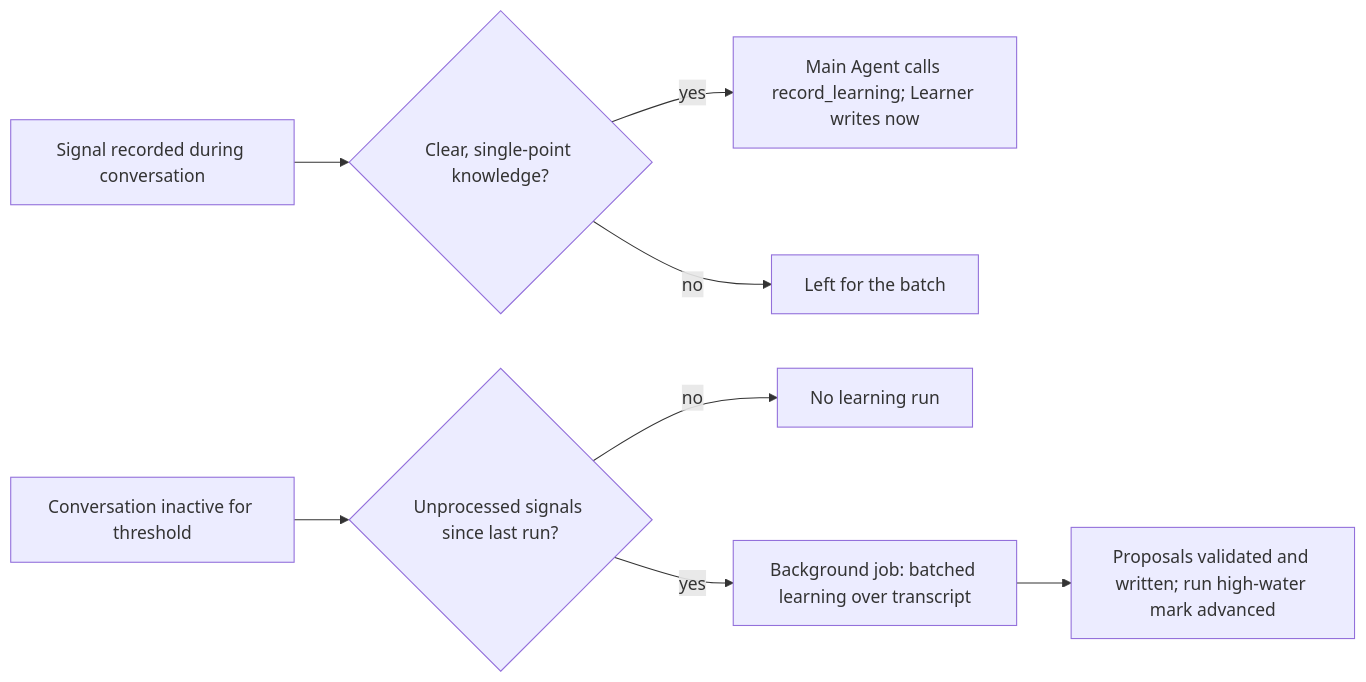
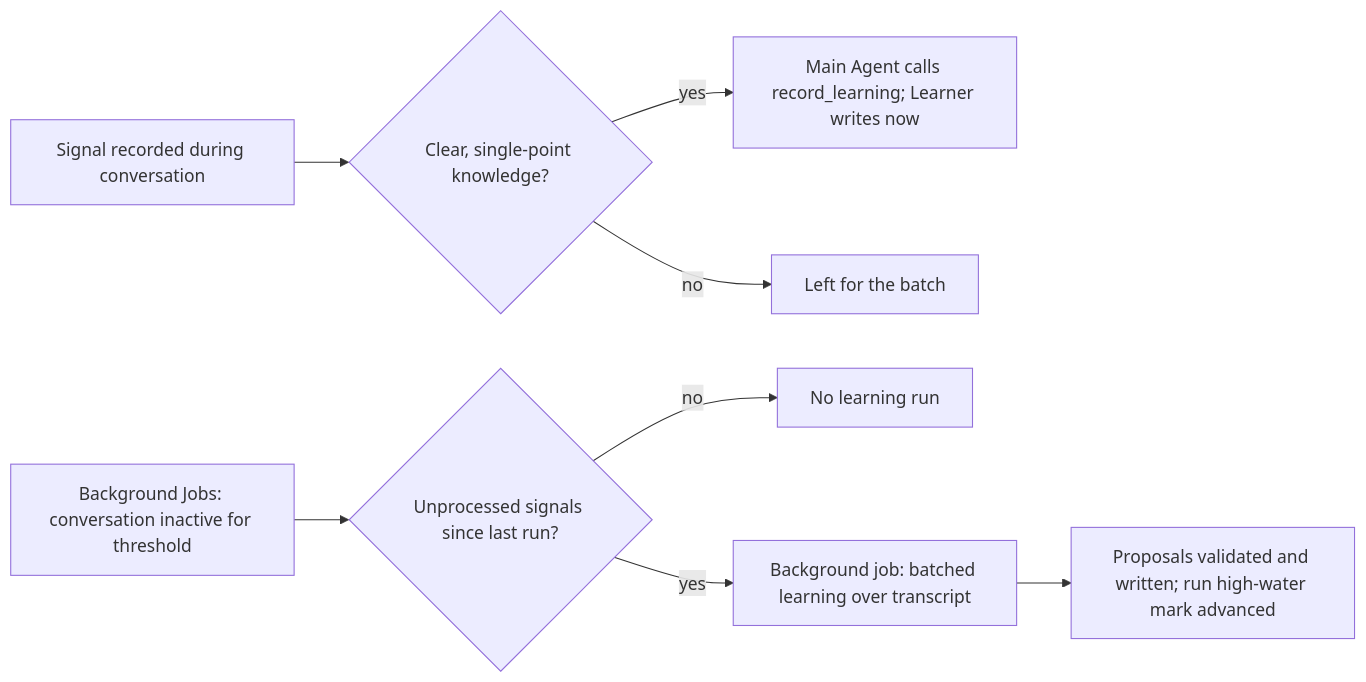
Before and after one commit to omkarbhale/aras-insight: the third of 3 diagrams in docs/specs/knowledge-and-learning.md, drawn with Mermaid. The commit also changed other lines of this file and 99 other files, not shown here.

````diff
--- a/docs/specs/knowledge-and-learning.md
+++ b/docs/specs/knowledge-and-learning.md
@@ -319,10 +383,10 @@
 ```mermaid
 flowchart LR
     S[Signal recorded during conversation] --> D{Clear, single-point knowledge?}
     D -- yes --> LIVE[Main Agent calls record_learning; Learner writes now]
     D -- no --> WAIT[Left for the batch]
-    I[Conversation inactive for threshold] --> C{Unprocessed signals since last run?}
+    I[Background Jobs: conversation inactive for threshold] --> C{Unprocessed signals since last run?}
     C -- no --> SKIP[No learning run]
     C -- yes --> B[Background job: batched learning over transcript]
     B --> P[Proposals validated and written; run high-water mark advanced]
 ```
````
